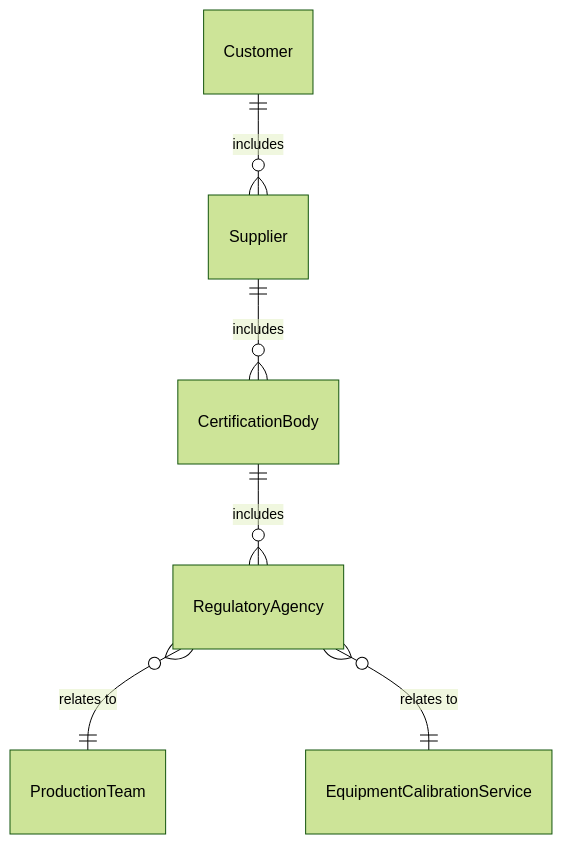
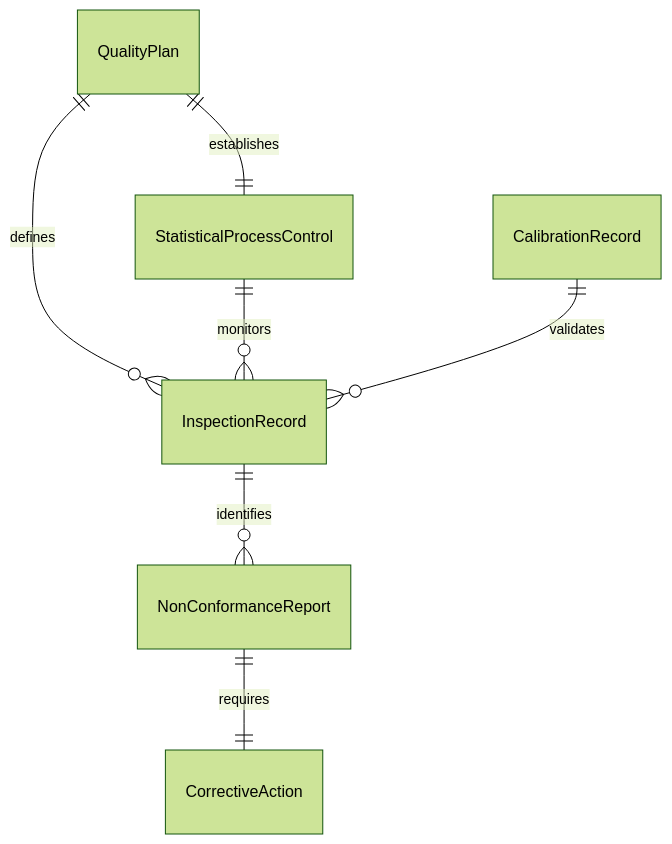
Before and after one commit to dot-org-ai/tasks.org.ai: the first of 4 diagrams in GuidingDirectingAndMotivatingSubordinates/ManageControlSystemsOrActivities/DirectQualityControlActivities.mdx, drawn with Mermaid (forest theme). The commit also changed other lines of this file and 515 other files, not shown here.

````diff
--- a/GuidingDirectingAndMotivatingSubordinates/ManageControlSystemsOrActivities/DirectQualityControlActivities.mdx
+++ b/GuidingDirectingAndMotivatingSubordinates/ManageControlSystemsOrActivities/DirectQualityControlActivities.mdx
@@ -89,8 +89,9 @@
 ```mermaid
 erDiagram
-    Customer ||--o{ Supplier : includes
-    Supplier ||--o{ CertificationBody : includes
-    CertificationBody ||--o{ RegulatoryAgency : includes
-    RegulatoryAgency }o--|| ProductionTeam : "relates to"
-    RegulatoryAgency }o--|| EquipmentCalibrationService : "relates to"
+    QualityPlan ||--o{ InspectionRecord : "defines"
+    InspectionRecord ||--o{ NonConformanceReport : "identifies"
+    NonConformanceReport ||--|| CorrectiveAction : "requires"
+    StatisticalProcessControl ||--o{ InspectionRecord : "monitors"
+    CalibrationRecord ||--o{ InspectionRecord : "validates"
+    QualityPlan ||--|| StatisticalProcessControl : "establishes"
 ```
````
